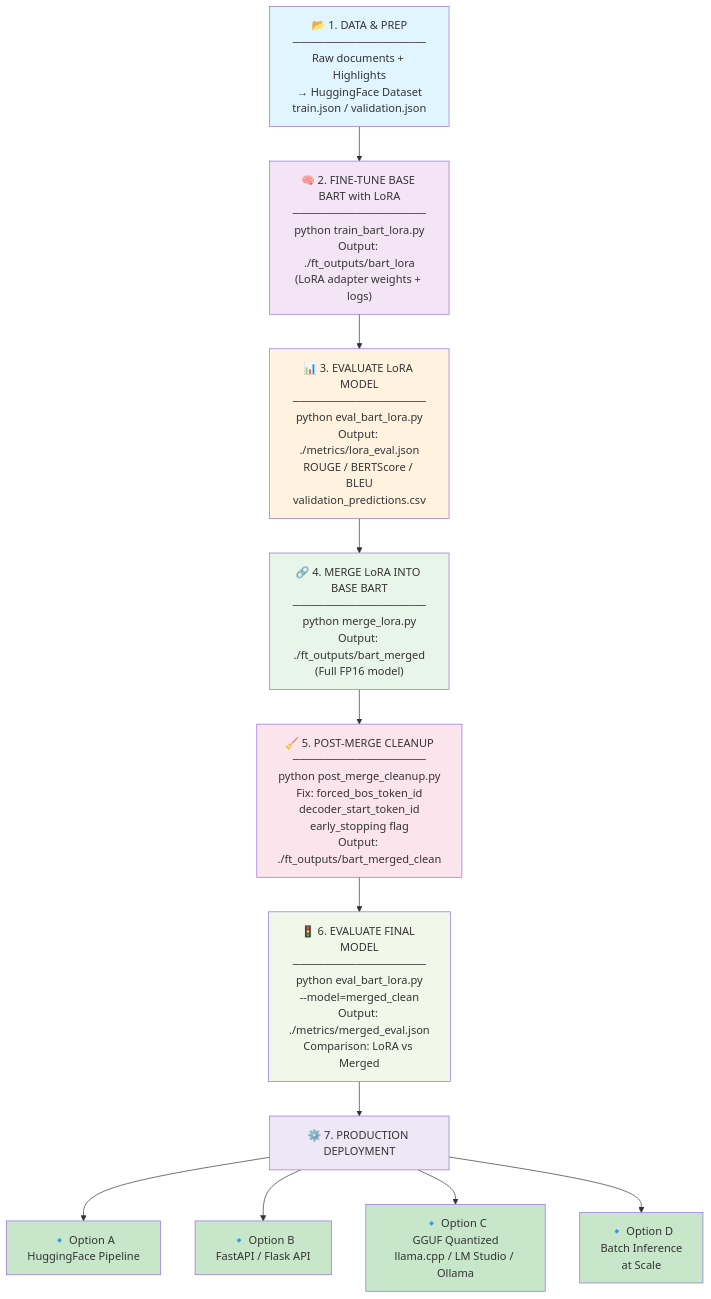
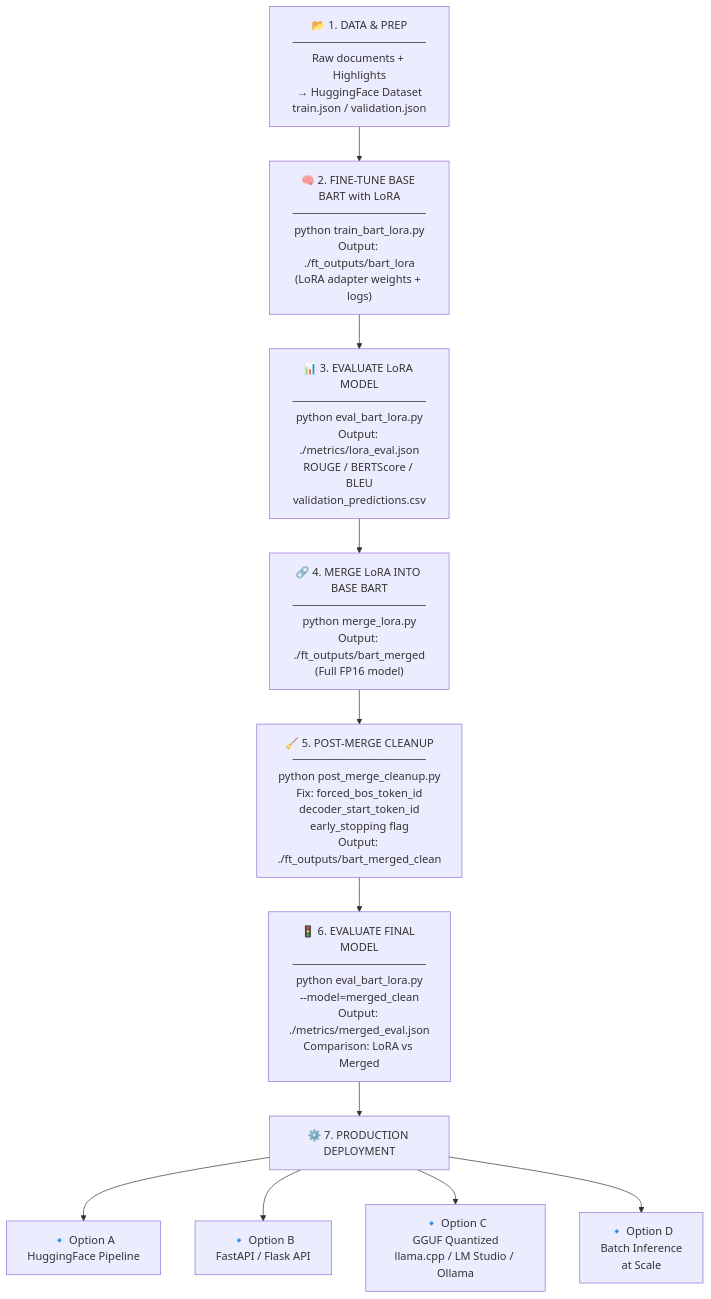
One commit to micag2025/llmed_certification_FineTuneFlow changed the diagram in README.md. Above: the diagram before and after it, drawn with Mermaid. The commit also changed other lines of this file, not shown here.

````diff
--- a/README.md
+++ b/README.md
@@ -143,44 +145,33 @@
 ```mermaid
 flowchart TD
     A["📂 1. DATA & PREP<br/>─────────────────<br/>Raw documents + Highlights<br/>→ HuggingFace Dataset<br/>train.json / validation.json"]
     
     B["🧠 2. FINE-TUNE BASE BART with LoRA<br/>─────────────────<br/>python train_bart_lora.py<br/>Output: ./ft_outputs/bart_lora<br/>(LoRA adapter weights + logs)"]
     
     C["📊 3. EVALUATE LoRA MODEL<br/>─────────────────<br/>python eval_bart_lora.py<br/>Output: ./metrics/lora_eval.json<br/>ROUGE / BERTScore / BLEU<br/>validation_predictions.csv"]
     
     D["🔗 4. MERGE LoRA INTO BASE BART<br/>─────────────────<br/>python merge_lora.py<br/>Output: ./ft_outputs/bart_merged<br/>(Full FP16 model)"]
     
     E["🧹 5. POST-MERGE CLEANUP<br/>─────────────────<br/>python post_merge_cleanup.py<br/>Fix: forced_bos_token_id<br/>decoder_start_token_id<br/>early_stopping flag<br/>Output: ./ft_outputs/bart_merged_clean"]
     
     F["🚦 6. EVALUATE FINAL MODEL<br/>─────────────────<br/>python eval_bart_lora.py<br/>--model=merged_clean<br/>Output: ./metrics/merged_eval.json<br/>Comparison: LoRA vs Merged"]
     
     G["⚙️ 7. PRODUCTION DEPLOYMENT"]
     
     G1["🔹 Option A<br/>HuggingFace Pipeline"]
     G2["🔹 Option B<br/>FastAPI / Flask API"]
     G3["🔹 Option C<br/>GGUF Quantized<br/>llama.cpp / LM Studio / Ollama"]
     G4["🔹 Option D<br/>Batch Inference<br/>at Scale"]
     
     A --> B
     B --> C
     C --> D
     D --> E
     E --> F
     F --> G
     G --> G1
     G --> G2
     G --> G3
     G --> G4
-    
-    style A fill:#e1f5ff
-    style B fill:#f3e5f5
-    style C fill:#fff3e0
-    style D fill:#e8f5e9
-    style E fill:#fce4ec
-    style F fill:#f1f8e9
-    style G fill:#ede7f6
-    style G1 fill:#c8e6c9
-    style G2 fill:#c8e6c9
-    style G3 fill:#c8e6c9
-    style G4 fill:#c8e6c9
+
 ```
````
